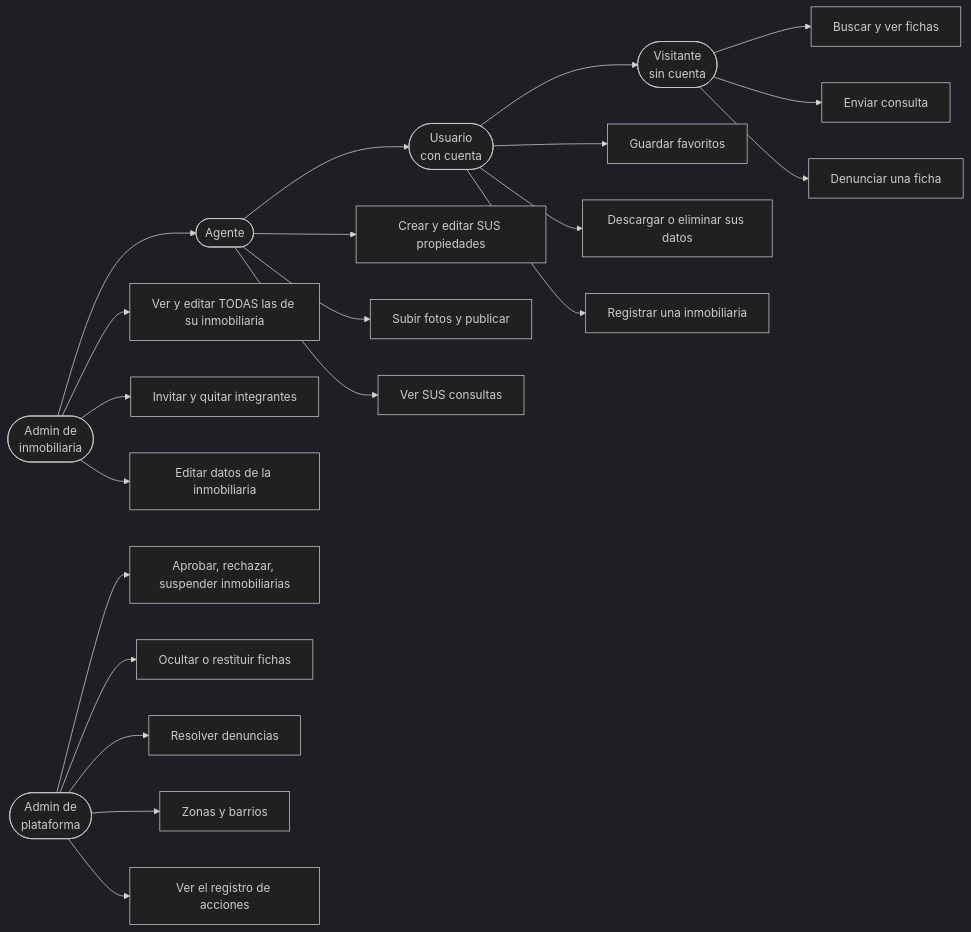
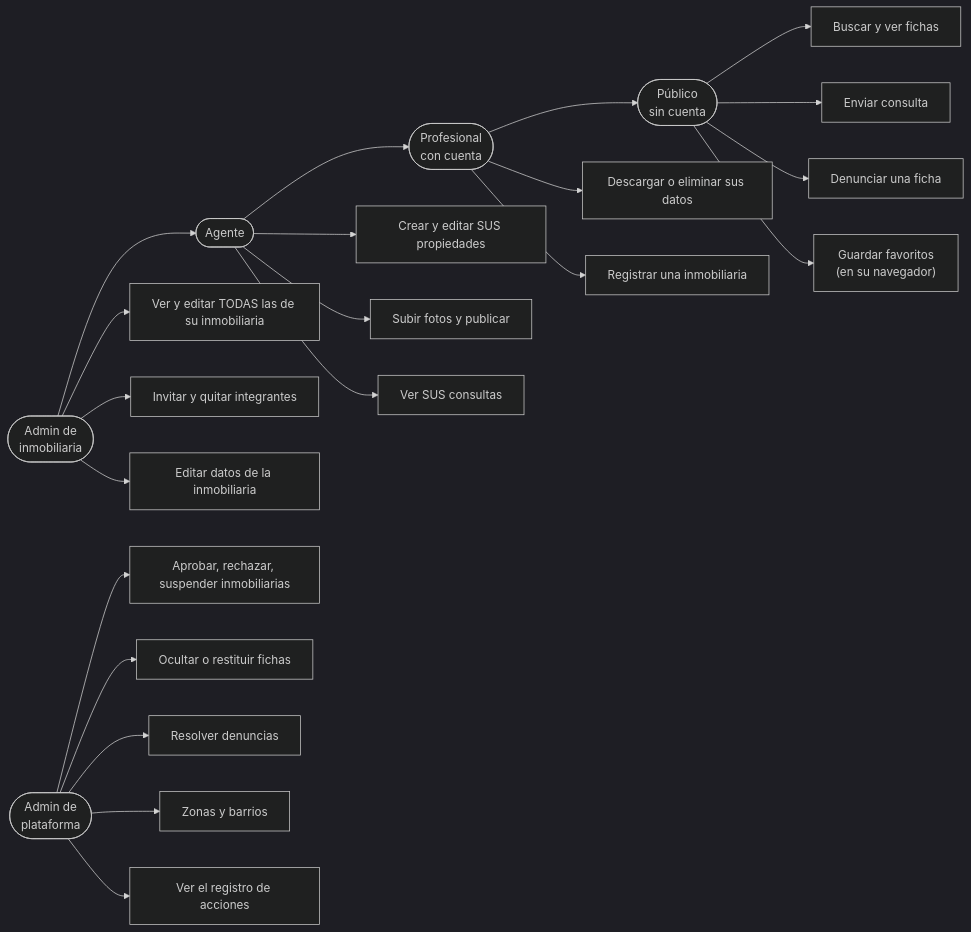
One commit to valeriadelrio/portal-inmobiliario changed the third of 15 diagrams in docs/diagramas.md. Above: the diagram before and after it, drawn with Mermaid (dark theme). The commit also changed other lines of this file and 36 other files, not shown here.

First line of the commit message:
feat: cuentas solo para inmobiliarias y favoritos sin cuenta

````diff
--- a/docs/diagramas.md
+++ b/docs/diagramas.md
@@ -161,29 +155,29 @@
 ```mermaid
 flowchart LR
-  V(["Visitante<br/>sin cuenta"])
-  U(["Usuario<br/>con cuenta"])
+  V(["Público<br/>sin cuenta"])
+  U(["Profesional<br/>con cuenta"])
   A(["Agente"])
   AA(["Admin de<br/>inmobiliaria"])
   P(["Admin de<br/>plataforma"])
 
   V --> v1["Buscar y ver fichas"]
   V --> v2["Enviar consulta"]
   V --> v3["Denunciar una ficha"]
+  V --> v4["Guardar favoritos<br/>(en su navegador)"]
   U --> V
-  U --> u1["Guardar favoritos"]
   U --> u2["Descargar o eliminar sus datos"]
   U --> u3["Registrar una inmobiliaria"]
   A --> U
   A --> a1["Crear y editar SUS propiedades"]
   A --> a2["Subir fotos y publicar"]
   A --> a3["Ver SUS consultas"]
   AA --> A
   AA --> b1["Ver y editar TODAS las de su inmobiliaria"]
   AA --> b2["Invitar y quitar integrantes"]
   AA --> b3["Editar datos de la inmobiliaria"]
   P --> c1["Aprobar, rechazar, suspender inmobiliarias"]
   P --> c2["Ocultar o restituir fichas"]
   P --> c3["Resolver denuncias"]
   P --> c4["Zonas y barrios"]
   P --> c5["Ver el registro de acciones"]
 ```
````
